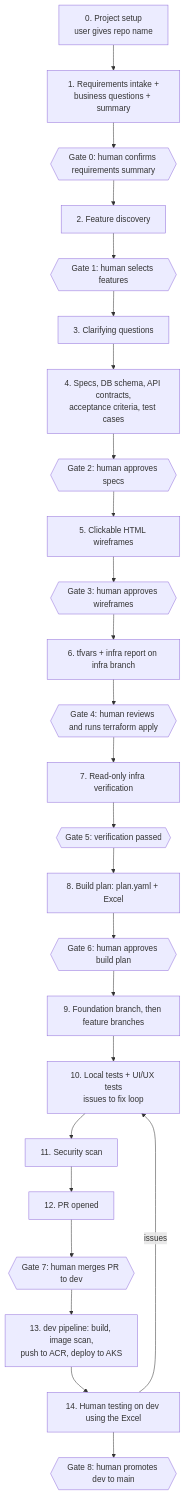
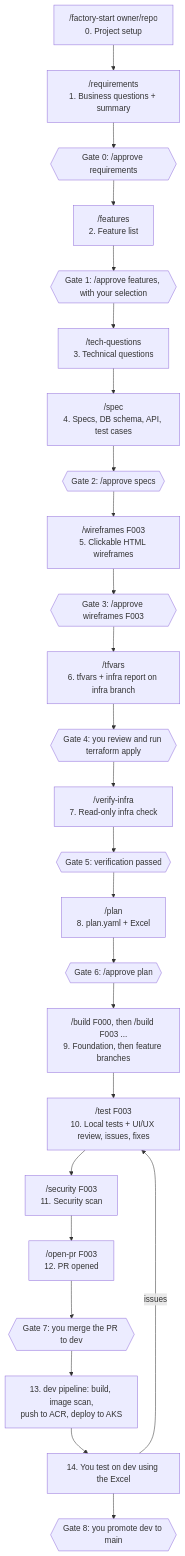
The diagram in docs/PLAN.md (buildwithsahil-x/software-factory), drawn with Mermaid before and after one commit. The commit also changed other lines of this file and 1 other file, not shown here.

First line of the commit message:
Plan: run the factory as a Claude Code plugin

````diff
--- a/docs/PLAN.md
+++ b/docs/PLAN.md
@@ -61,27 +62,27 @@
 ```mermaid
 flowchart TD
-    A[0. Project setup<br/>user gives repo name] --> B[1. Requirements intake +<br/>business questions + summary]
-    B --> G0{{Gate 0: human confirms requirements summary}}
-    G0 --> C[2. Feature discovery]
-    C --> G1{{Gate 1: human selects features}}
-    G1 --> D[3. Clarifying questions]
-    D --> E[4. Specs, DB schema, API contracts,<br/>acceptance criteria, test cases]
-    E --> G2{{Gate 2: human approves specs}}
-    G2 --> F[5. Clickable HTML wireframes]
-    F --> G3{{Gate 3: human approves wireframes}}
-    G3 --> H[6. tfvars + infra report on infra branch]
-    H --> G4{{Gate 4: human reviews and runs terraform apply}}
-    G4 --> I[7. Read-only infra verification]
+    A["/factory-start owner/repo<br/>0. Project setup"] --> B["/requirements<br/>1. Business questions + summary"]
+    B --> G0{{Gate 0: /approve requirements}}
+    G0 --> C["/features<br/>2. Feature list"]
+    C --> G1{{Gate 1: /approve features, with your selection}}
+    G1 --> D["/tech-questions<br/>3. Technical questions"]
+    D --> E["/spec<br/>4. Specs, DB schema, API, test cases"]
+    E --> G2{{Gate 2: /approve specs}}
+    G2 --> F["/wireframes F003<br/>5. Clickable HTML wireframes"]
+    F --> G3{{Gate 3: /approve wireframes F003}}
+    G3 --> H["/tfvars<br/>6. tfvars + infra report on infra branch"]
+    H --> G4{{Gate 4: you review and run terraform apply}}
+    G4 --> I["/verify-infra<br/>7. Read-only infra check"]
     I --> G5{{Gate 5: verification passed}}
-    G5 --> J[8. Build plan: plan.yaml + Excel]
-    J --> G6{{Gate 6: human approves build plan}}
-    G6 --> K[9. Foundation branch, then feature branches]
-    K --> L[10. Local tests + UI/UX tests<br/>issues to fix loop]
-    L --> M[11. Security scan]
-    M --> N[12. PR opened]
-    N --> G7{{Gate 7: human merges PR to dev}}
+    G5 --> J["/plan<br/>8. plan.yaml + Excel"]
+    J --> G6{{Gate 6: /approve plan}}
+    G6 --> K["/build F000, then /build F003 ...<br/>9. Foundation, then feature branches"]
+    K --> L["/test F003<br/>10. Local tests + UI/UX review, issues, fixes"]
+    L --> M["/security F003<br/>11. Security scan"]
+    M --> N["/open-pr F003<br/>12. PR opened"]
+    N --> G7{{Gate 7: you merge the PR to dev}}
     G7 --> O[13. dev pipeline: build, image scan,<br/>push to ACR, deploy to AKS]
-    O --> P[14. Human testing on dev using the Excel]
+    O --> P[14. You test on dev using the Excel]
     P -->|issues| L
-    P --> G8{{Gate 8: human promotes dev to main}}
+    P --> G8{{Gate 8: you promote dev to main}}
 ```
````
